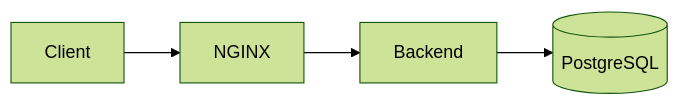
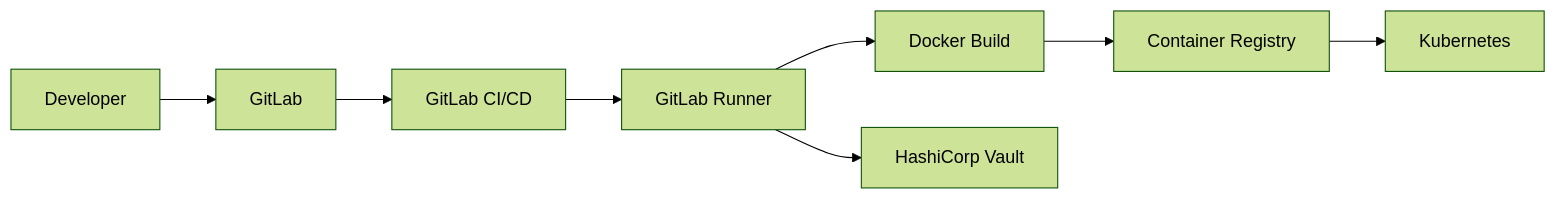
One commit to radiomost/netology changed the diagram in README.md. Above: the diagram before and after it, drawn with Mermaid (forest theme). The commit also changed other lines of this file, not shown here.

````diff
--- a/README.md
+++ b/README.md
@@ -30,6 +63,10 @@
 ```mermaid
 flowchart LR
-    A[Client] --> B[NGINX]
-    B --> C[Backend]
-    C --> D[(PostgreSQL)]
+    Developer --> GitLab
+    GitLab --> GitLabCI[GitLab CI/CD]
+    GitLabCI --> Runner[GitLab Runner]
+    Runner --> Docker[Docker Build]
+    Docker --> Registry[Container Registry]
+    Runner --> Vault[HashiCorp Vault]
+    Registry --> Kubernetes
 ```
````
